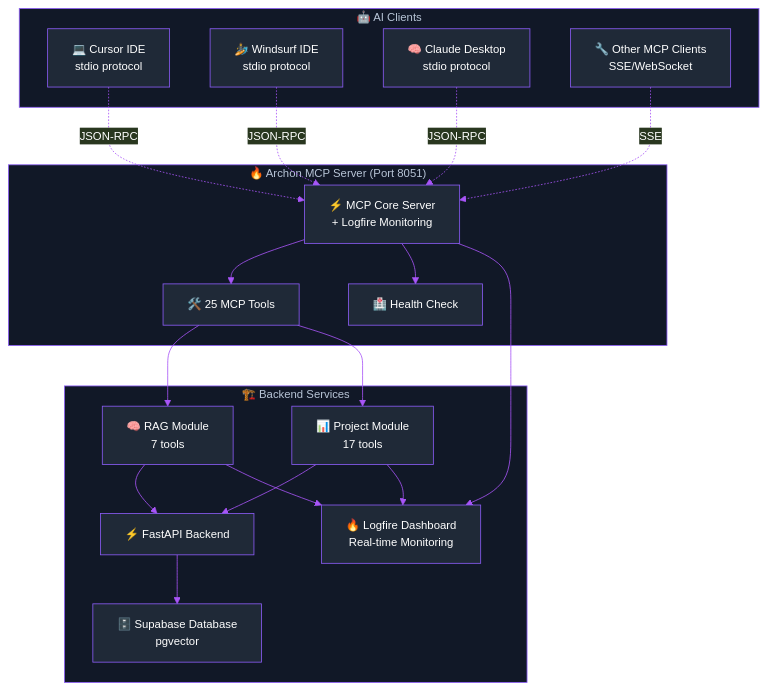
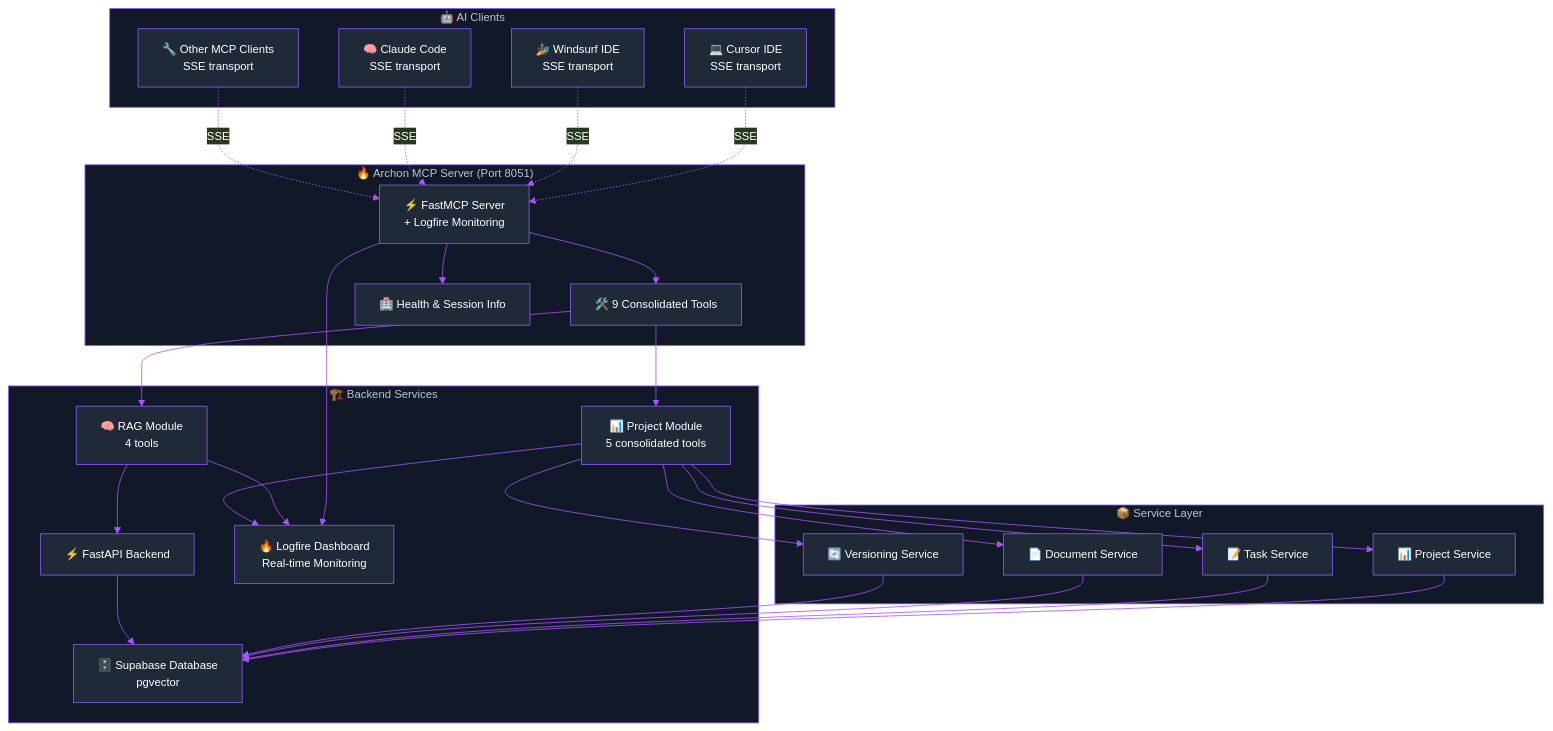
The first of 3 diagrams in docs/docs/mcp-server.mdx (tarsonis125/mcp-crawl4ai-rag-ChromaDB-V1), drawn with Mermaid before and after one commit. The commit also changed other lines of this file and 16 other files, not shown here.

Commit message:
refactor: consolidate project and task management into service-based architecture

````diff
--- a/docs/docs/mcp-server.mdx
+++ b/docs/docs/mcp-server.mdx
@@ -18,58 +18,75 @@
 ```mermaid
 %%{init:{
   'theme':'base',
   'themeVariables': {
     'primaryColor':'#1f2937',
     'primaryTextColor':'#ffffff',
     'primaryBorderColor':'#8b5cf6',
     'lineColor':'#a855f7',
     'textColor':'#ffffff',
     'fontFamily':'Inter',
     'fontSize':'14px',
     'background':'#000000',
     'mainBkg':'#1f2937',
     'secondBkg':'#111827',
     'borderColor':'#8b5cf6',
     'clusterBkg':'#111827',
     'clusterBorder':'#8b5cf6'
   }
 }}%%
 graph TB
     subgraph "🤖 AI Clients"
-        Cursor["💻 Cursor IDE<br/>stdio protocol"]
-        Windsurf["🏄 Windsurf IDE<br/>stdio protocol"]
-        Claude["🧠 Claude Desktop<br/>stdio protocol"]
-        Other["🔧 Other MCP Clients<br/>SSE/WebSocket"]
+        Cursor["💻 Cursor IDE<br/>SSE transport"]
+        Windsurf["🏄 Windsurf IDE<br/>SSE transport"]
+        Claude["🧠 Claude Code<br/>SSE transport"]
+        Other["🔧 Other MCP Clients<br/>SSE transport"]
     end
     
     subgraph "🔥 Archon MCP Server (Port 8051)"
-        MCPCore["⚡ MCP Core Server<br/>+ Logfire Monitoring"]
-        Tools["🛠️ 25 MCP Tools"]
-        Health["🏥 Health Check"]
+        MCPCore["⚡ FastMCP Server<br/>+ Logfire Monitoring"]
+        Tools["🛠️ 9 Consolidated Tools"]
+        Health["🏥 Health & Session Info"]
+    end
+    
+    subgraph "📦 Service Layer"
+        ProjectService["📊 Project Service"]
+        TaskService["📝 Task Service"]
+        DocumentService["📄 Document Service"]
+        VersioningService["🔄 Versioning Service"]
     end
     
     subgraph "🏗️ Backend Services"
-        RAGModule["🧠 RAG Module<br/>7 tools"]
-        ProjectModule["📊 Project Module<br/>17 tools"]
+        RAGModule["🧠 RAG Module<br/>4 tools"]
+        ProjectModule["📊 Project Module<br/>5 consolidated tools"]
         FastAPI["⚡ FastAPI Backend"]
         Supabase["🗄️ Supabase Database<br/>pgvector"]
         Logfire["🔥 Logfire Dashboard<br/>Real-time Monitoring"]
     end
     
-    Cursor -.->|JSON-RPC| MCPCore
-    Windsurf -.->|JSON-RPC| MCPCore
-    Claude -.->|JSON-RPC| MCPCore
+    Cursor -.->|SSE| MCPCore
+    Windsurf -.->|SSE| MCPCore
+    Claude -.->|SSE| MCPCore
     Other -.->|SSE| MCPCore
     
     MCPCore --> Tools
     MCPCore --> Health
     
     Tools --> RAGModule
     Tools --> ProjectModule
+    
+    ProjectModule --> ProjectService
+    ProjectModule --> TaskService
+    ProjectModule --> DocumentService
+    ProjectModule --> VersioningService
+    
     RAGModule --> FastAPI
-    ProjectModule --> FastAPI
+    ProjectService --> Supabase
+    TaskService --> Supabase
+    DocumentService --> Supabase
+    VersioningService --> Supabase
+    
     FastAPI --> Supabase
     MCPCore --> Logfire
     RAGModule --> Logfire
     ProjectModule --> Logfire
 ```
````
